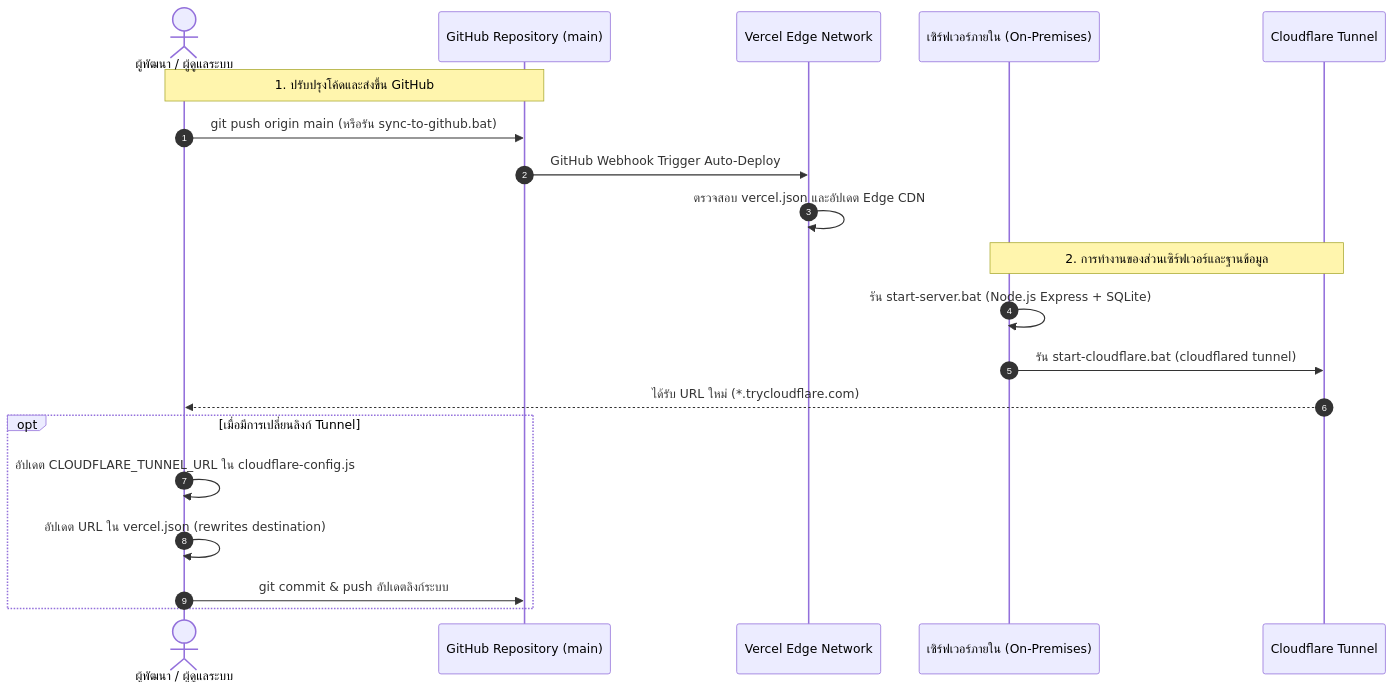
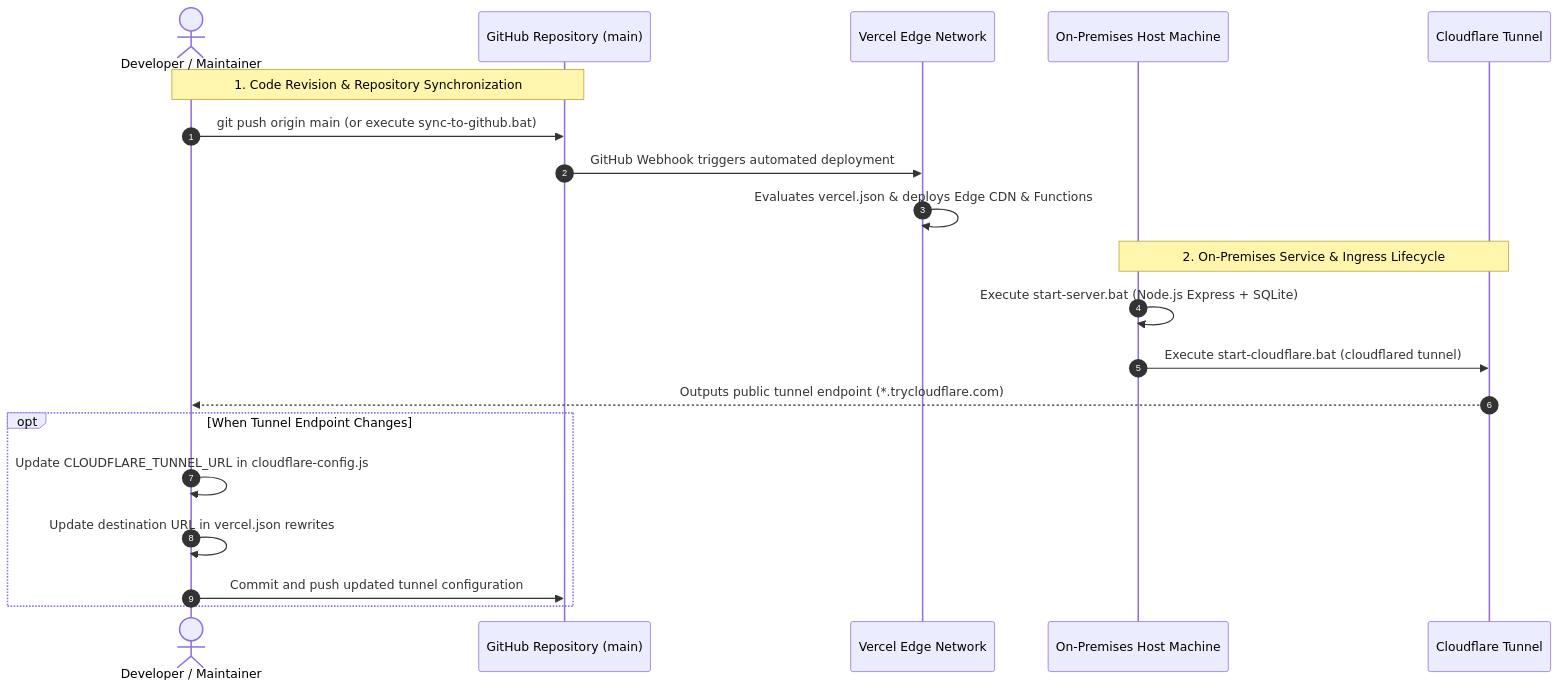
The second of 2 diagrams in README.md (Pansamcth/sarawat-home), drawn with Mermaid before and after one commit. The commit also changed other lines of this file, not shown here.

````diff
--- a/README.md
+++ b/README.md
@@ -551,25 +552,25 @@
 ```mermaid
 sequenceDiagram
     autonumber
-    actor Dev as ผู้พัฒนา / ผู้ดูแลระบบ
+    actor Dev as Developer / Maintainer
     participant Git as GitHub Repository (main)
     participant Vercel as Vercel Edge Network
-    participant Host as เซิร์ฟเวอร์ภายใน (On-Premises)
+    participant Host as On-Premises Host Machine
     participant CF as Cloudflare Tunnel
 
-    Note over Dev,Git: 1. ปรับปรุงโค้ดและส่งขึ้น GitHub
-    Dev->>Git: git push origin main (หรือรัน sync-to-github.bat)
-    Git->>Vercel: GitHub Webhook Trigger Auto-Deploy
-    Vercel->>Vercel: ตรวจสอบ vercel.json และอัปเดต Edge CDN
+    Note over Dev,Git: 1. Code Revision & Repository Synchronization
+    Dev->>Git: git push origin main (or execute sync-to-github.bat)
+    Git->>Vercel: GitHub Webhook triggers automated deployment
+    Vercel->>Vercel: Evaluates vercel.json & deploys Edge CDN & Functions
 
-    Note over Host,CF: 2. การทำงานของส่วนเซิร์ฟเวอร์และฐานข้อมูล
-    Host->>Host: รัน start-server.bat (Node.js Express + SQLite)
-    Host->>CF: รัน start-cloudflare.bat (cloudflared tunnel)
-    CF-->>Dev: ได้รับ URL ใหม่ (*.trycloudflare.com)
+    Note over Host,CF: 2. On-Premises Service & Ingress Lifecycle
+    Host->>Host: Execute start-server.bat (Node.js Express + SQLite)
+    Host->>CF: Execute start-cloudflare.bat (cloudflared tunnel)
+    CF-->>Dev: Outputs public tunnel endpoint (*.trycloudflare.com)
     
-    opt เมื่อมีการเปลี่ยนลิงก์ Tunnel
-        Dev->>Dev: อัปเดต CLOUDFLARE_TUNNEL_URL ใน cloudflare-config.js
-        Dev->>Dev: อัปเดต URL ใน vercel.json (rewrites destination)
-        Dev->>Git: git commit & push อัปเดตลิงก์ระบบ
+    opt When Tunnel Endpoint Changes
+        Dev->>Dev: Update CLOUDFLARE_TUNNEL_URL in cloudflare-config.js
+        Dev->>Dev: Update destination URL in vercel.json rewrites
+        Dev->>Git: Commit and push updated tunnel configuration
     end
 ```
````
